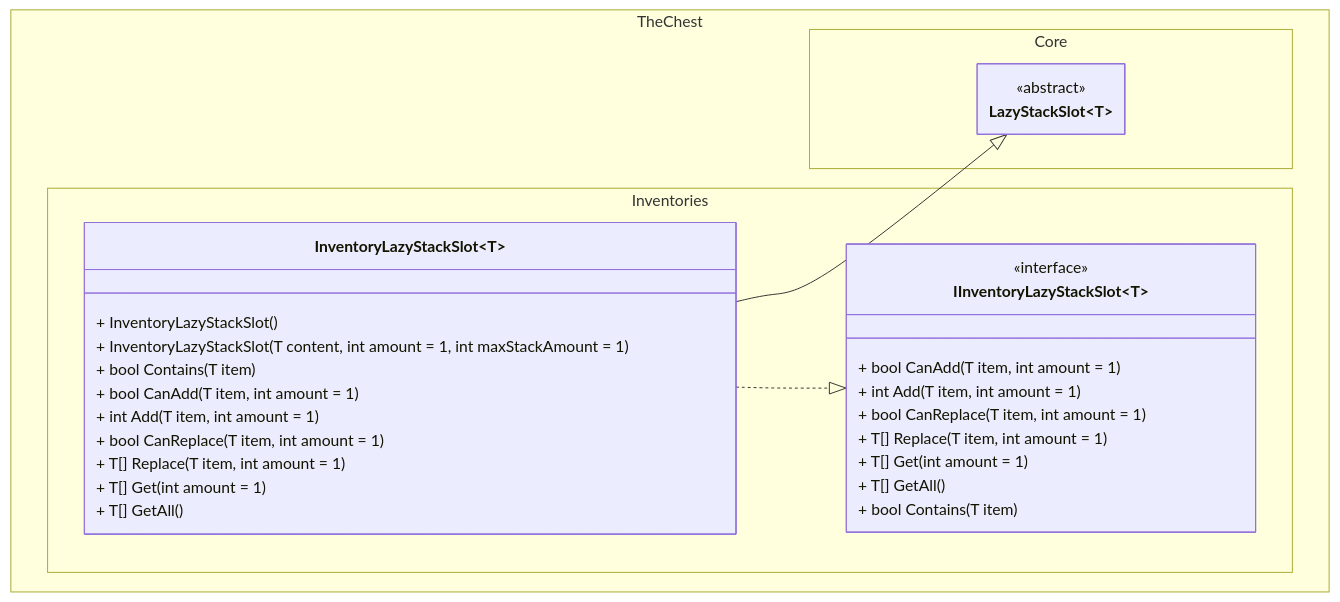
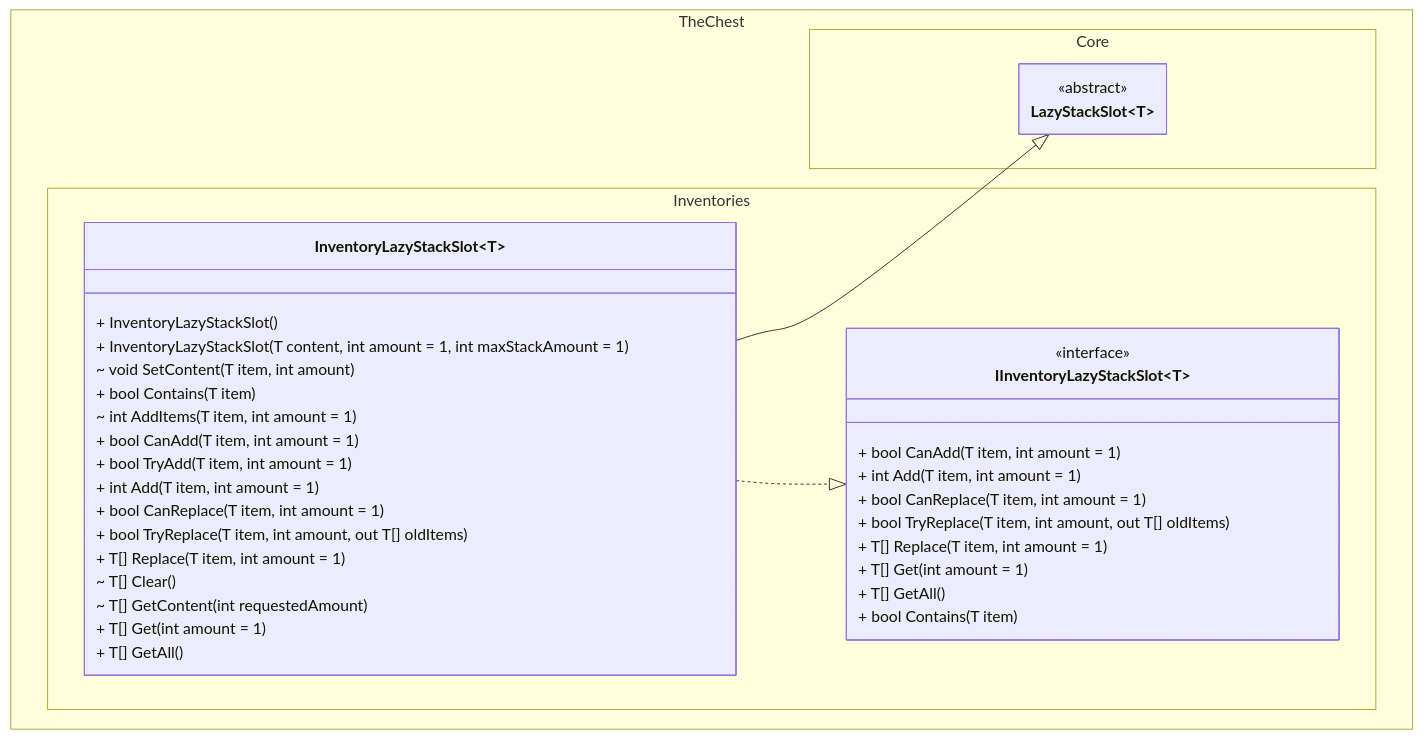
One commit to The-Chest/TheChest.Inventories changed the second of 2 diagrams in docs/lazy_stack_inventory/class_diagram.md. Above: the diagram before and after it, drawn with Mermaid. The commit also changed other lines of this file and 12 other files, not shown here.

First line of the commit message:
Adds TryReplace to LazyStackInventory

````diff
--- a/docs/lazy_stack_inventory/class_diagram.md
+++ b/docs/lazy_stack_inventory/class_diagram.md
@@ -121,49 +130,57 @@
 ```mermaid
 ---
 config:
   theme: mc
   look: classic
   class:
     hideEmptyMembersBox: true
 ---
 classDiagram
 direction TB
 
 namespace TheChest.Core {
     class LazyStackSlot~T~ {
     }
 }
 <<abstract>> LazyStackSlot
 
 namespace TheChest.Inventories {
     class IInventoryLazyStackSlot~T~ {
         + bool CanAdd(T item, int amount = 1)
         + int Add(T item, int amount = 1)
 
         + bool CanReplace(T item, int amount = 1)
+        + bool TryReplace(T item, int amount, out T[] oldItems)
         + T[] Replace(T item, int amount = 1)
 
         + T[] Get(int amount = 1)
         + T[] GetAll()
         + bool Contains(T item)
     }
     class InventoryLazyStackSlot~T~ {
         + InventoryLazyStackSlot()
         + InventoryLazyStackSlot(T content, int amount = 1, int maxStackAmount = 1)
         
+        ~ void SetContent(T item, int amount)
+
         + bool Contains(T item)
         
+        ~ int AddItems(T item, int amount = 1)
         + bool CanAdd(T item, int amount = 1)
+        + bool TryAdd(T item, int amount = 1)
         + int Add(T item, int amount = 1)
         
         + bool CanReplace(T item, int amount = 1)
+        + bool TryReplace(T item, int amount, out T[] oldItems)
         + T[] Replace(T item, int amount = 1)
         
+        ~ T[] Clear()
+        ~ T[] GetContent(int requestedAmount)
         + T[] Get(int amount = 1)
         + T[] GetAll()
     }
 }
 <<interface>> IInventoryLazyStackSlot
 InventoryLazyStackSlot~T~ --|> LazyStackSlot~T~
 InventoryLazyStackSlot~T~ ..|> IInventoryLazyStackSlot~T~
 ```
````
